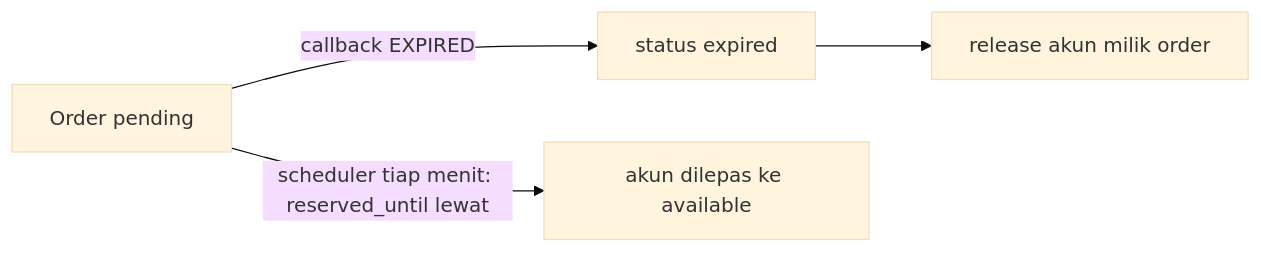
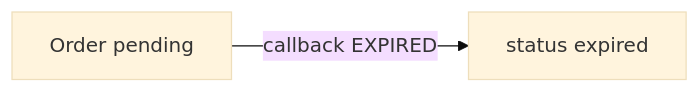
One commit to ilhamfajarandika/zeth-market changed the fifth of 5 diagrams in docs/BUSINESS_FLOW.md. Above: the diagram before and after it, drawn with Mermaid (base theme). The commit also changed other lines of this file and 49 other files, not shown here.

````diff
--- a/docs/BUSINESS_FLOW.md
+++ b/docs/BUSINESS_FLOW.md
@@ -165,6 +163,4 @@
 ```mermaid
 flowchart LR
     A[Order pending] -->|callback EXPIRED| B[status expired]
-    A -->|scheduler tiap menit: reserved_until lewat| C[akun dilepas ke available]
-    B --> D[release akun milik order]
 ```
````
